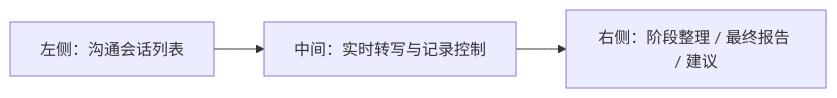
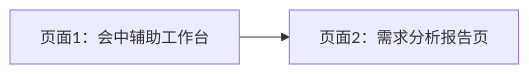
Before and after one commit to Jarodlan/poweragent-presales-platform: the diagram in 项目文档/01-产品设计/客户需求分析智能体_前端页面原型说明.md, drawn with Mermaid. The commit also changed other lines of this file and 3 other files, not shown here.

````diff
--- a/项目文档/01-产品设计/客户需求分析智能体_前端页面原型说明.md
+++ b/项目文档/01-产品设计/客户需求分析智能体_前端页面原型说明.md
@@ -34,5 +41,4 @@
 ```mermaid
 flowchart LR
-    A["左侧：沟通会话列表"] --> B["中间：实时转写与记录控制"]
-    B --> C["右侧：阶段整理 / 最终报告 / 建议"]
+    A["页面1：会中辅助工作台"] --> B["页面2：需求分析报告页"]
 ```
````
